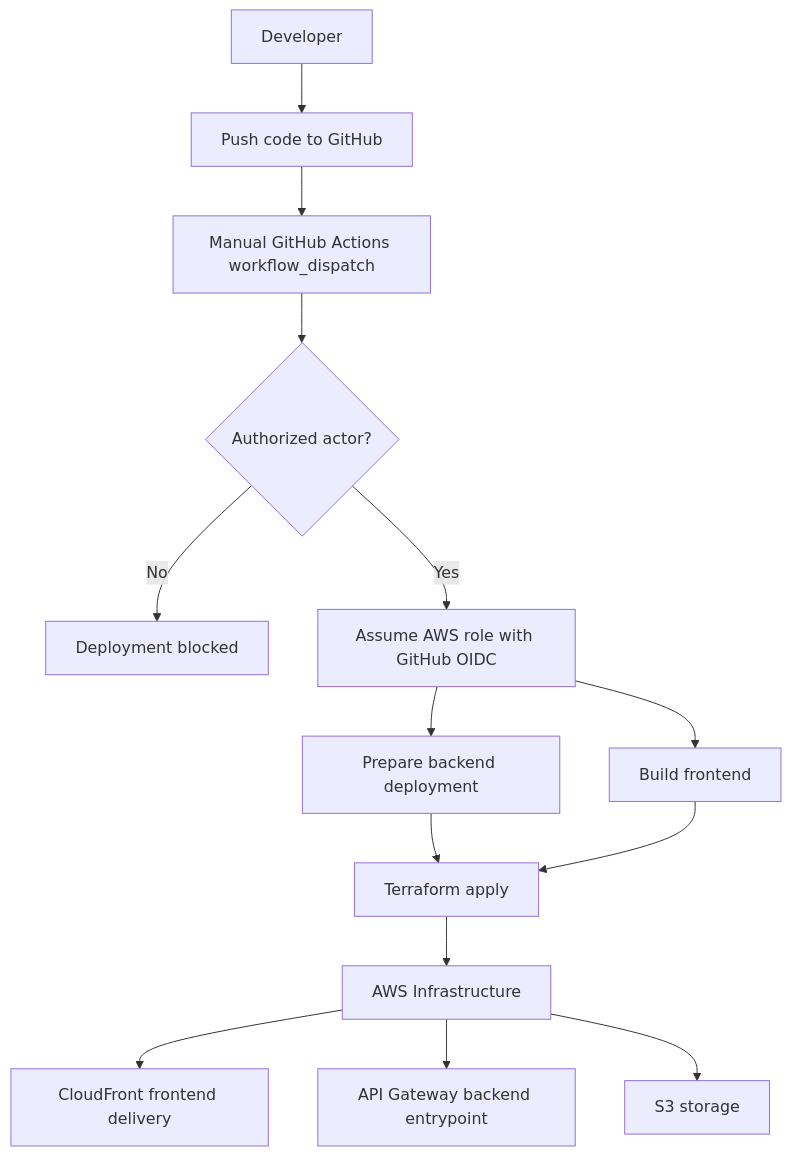
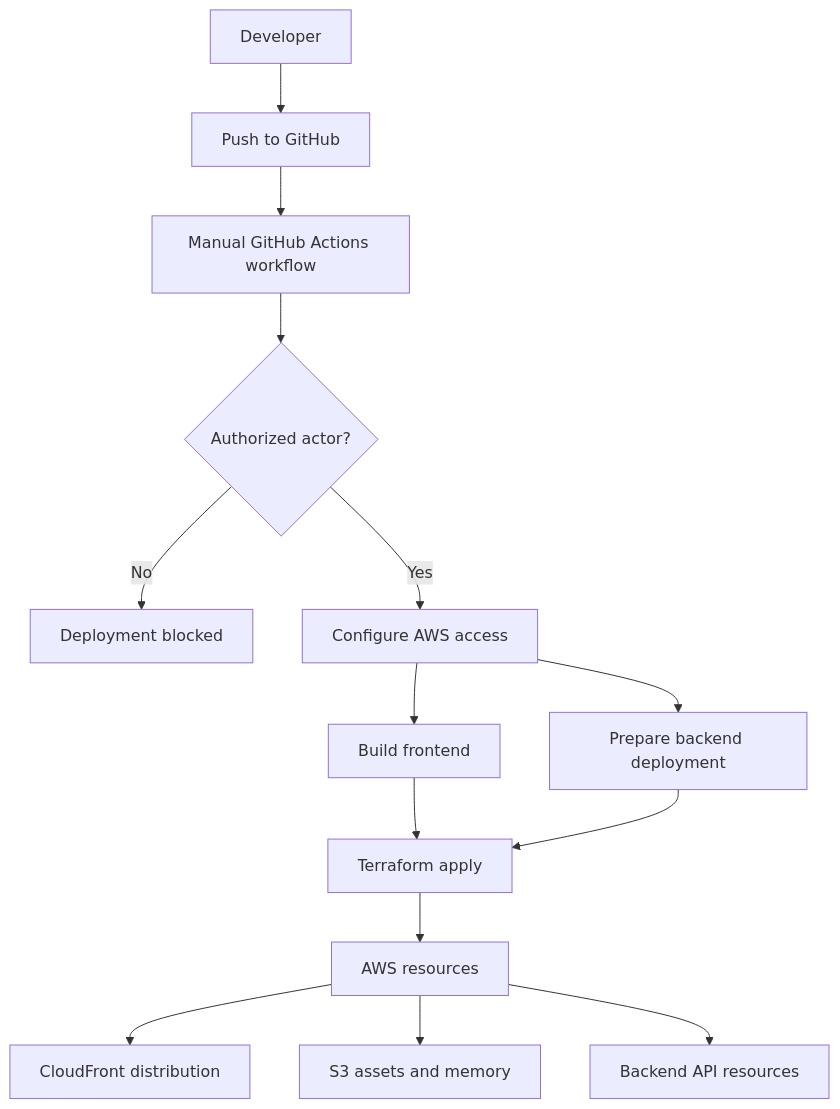
Before and after one commit to bkane56/twin: the third of 4 diagrams in README.md, drawn with Mermaid. The commit also changed other lines of this file and 1 other file, not shown here.

````diff
--- a/README.md
+++ b/README.md
@@ -77,16 +103,16 @@
 ```mermaid
 flowchart TD
-    Dev[Developer] --> Push[Push code to GitHub]
-    Push --> Manual[Manual GitHub Actions workflow_dispatch]
-    Manual --> Auth{Authorized actor?}
-    Auth -- No --> Stop[Deployment blocked]
-    Auth -- Yes --> OIDC[Assume AWS role with GitHub OIDC]
-    OIDC --> BuildBackend[Prepare backend deployment]
-    OIDC --> BuildFrontend[Build frontend]
-    BuildBackend --> Terraform[Terraform apply]
-    BuildFrontend --> Terraform
-    Terraform --> AWS[AWS Infrastructure]
-    AWS --> CloudFront[CloudFront frontend delivery]
-    AWS --> APIGateway[API Gateway backend entrypoint]
-    AWS --> S3[S3 storage]
+    Dev[Developer] --> Push[Push to GitHub]
+    Push --> Workflow[Manual GitHub Actions workflow]
+    Workflow --> Auth{Authorized actor?}
+    Auth -- No --> Block[Deployment blocked]
+    Auth -- Yes --> AWSAuth[Configure AWS access]
+    AWSAuth --> BuildFrontend[Build frontend]
+    AWSAuth --> DeployBackend[Prepare backend deployment]
+    BuildFrontend --> Terraform[Terraform apply]
+    DeployBackend --> Terraform
+    Terraform --> AWS[AWS resources]
+    AWS --> CloudFront[CloudFront distribution]
+    AWS --> S3[S3 assets and memory]
+    AWS --> API[Backend API resources]
 ```
````
